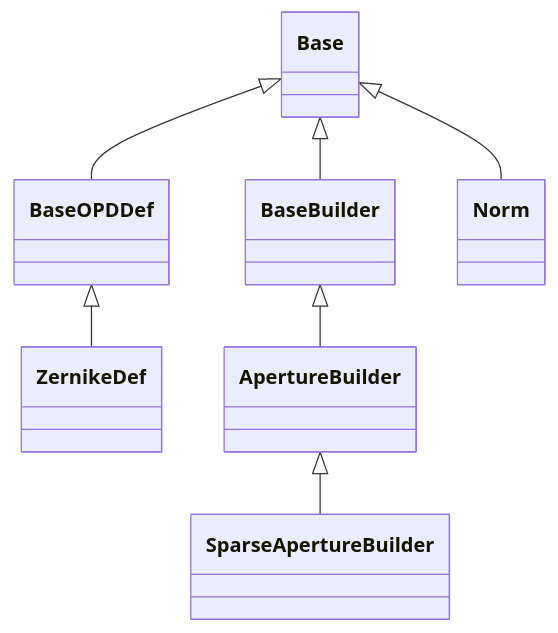
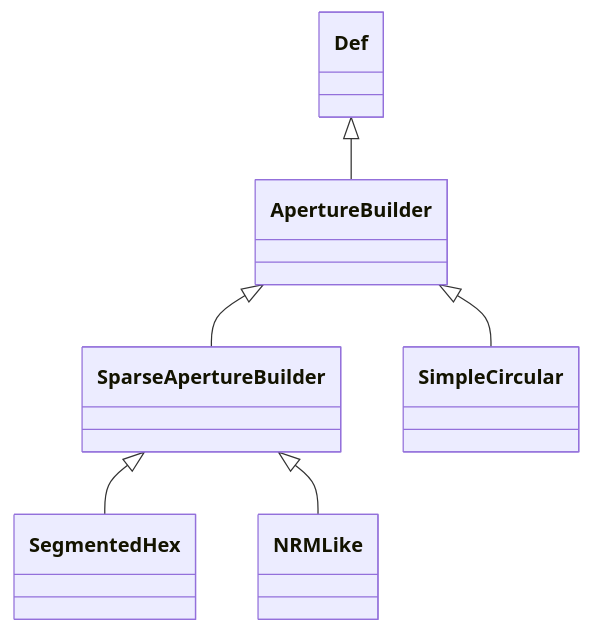
Before and after one commit to LouisDesdoigts/dLux: the first of 3 diagrams in docs/API/prebuilt/overview.md, drawn with Mermaid. The commit also changed other lines of this file and 160 other files, not shown here.

````diff
--- a/docs/API/prebuilt/overview.md
+++ b/docs/API/prebuilt/overview.md
@@ -9,22 +11,20 @@
 ```mermaid
 classDiagram
-    class dLux_prebuilt_builders_BaseBuilder["BaseBuilder"]
-    class dLux_prebuilt_builders_BaseOPDDef["BaseOPDDef"]
-    class dLux_prebuilt_builders_Norm["Norm"]
-    class dLux_prebuilt_builders_ZernikeDef["ZernikeDef"]
-    class dLux_prebuilt_builders_ApertureBuilder["ApertureBuilder"]
-    class dLux_prebuilt_builders_SparseApertureBuilder["SparseApertureBuilder"]
-    class dLux_base_Base["Base"]
-    dLux_base_Base <|-- dLux_prebuilt_builders_BaseBuilder
-    click dLux_prebuilt_builders_BaseBuilder href "../builders/#dLux.prebuilt.builders.BaseBuilder" "Methods: build()"
-    dLux_base_Base <|-- dLux_prebuilt_builders_BaseOPDDef
-    click dLux_prebuilt_builders_BaseOPDDef href "../builders/#dLux.prebuilt.builders.BaseOPDDef" "Methods: calculate()"
-    dLux_base_Base <|-- dLux_prebuilt_builders_Norm
-    click dLux_prebuilt_builders_Norm href "../builders/#dLux.prebuilt.builders.Norm" "Attributes: mode, scale"
-    dLux_prebuilt_builders_BaseOPDDef <|-- dLux_prebuilt_builders_ZernikeDef
-    click dLux_prebuilt_builders_ZernikeDef href "../builders/#dLux.prebuilt.builders.ZernikeDef" "Attributes: nolls, groups, order, oversize, norm, method · Methods: calculate()"
-    dLux_prebuilt_builders_BaseBuilder <|-- dLux_prebuilt_builders_ApertureBuilder
-    click dLux_prebuilt_builders_ApertureBuilder href "../builders/#dLux.prebuilt.builders.ApertureBuilder" "Attributes: primary, obscurations, opd, oversample · Methods: build()"
-    dLux_prebuilt_builders_ApertureBuilder <|-- dLux_prebuilt_builders_SparseApertureBuilder
-    click dLux_prebuilt_builders_SparseApertureBuilder href "../builders/#dLux.prebuilt.builders.SparseApertureBuilder" "Attributes: centers, global_obscurations"
+    direction TB
+    class dLux_prebuilt_apertures_ApertureBuilder["ApertureBuilder"]
+    class dLux_prebuilt_apertures_SparseApertureBuilder["SparseApertureBuilder"]
+    class dLux_prebuilt_apertures_SimpleCircular["SimpleCircular"]
+    class dLux_prebuilt_apertures_SegmentedHex["SegmentedHex"]
+    class dLux_prebuilt_apertures_NRMLike["NRMLike"]
+    class dLux_prebuilt_definitions_Def["Def"]
+    dLux_prebuilt_definitions_Def <|-- dLux_prebuilt_apertures_ApertureBuilder
+    click dLux_prebuilt_apertures_ApertureBuilder href "../apertures/#dLux.prebuilt.apertures.ApertureBuilder" "Attributes: primary, obscurations, opd, key, grid, oversample · Methods: __init__(), build(), __call__()"
+    dLux_prebuilt_apertures_ApertureBuilder <|-- dLux_prebuilt_apertures_SparseApertureBuilder
+    click dLux_prebuilt_apertures_SparseApertureBuilder href "../apertures/#dLux.prebuilt.apertures.SparseApertureBuilder" "Attributes: primary, obscurations, opd, key, grid, oversample, centers, global_obscurations · Methods: __init__(), __call__()"
+    dLux_prebuilt_apertures_ApertureBuilder <|-- dLux_prebuilt_apertures_SimpleCircular
+    click dLux_prebuilt_apertures_SimpleCircular href "../apertures/#dLux.prebuilt.apertures.SimpleCircular" "Attributes: primary, obscurations, opd, key, grid, oversample · Methods: __init__()"
+    dLux_prebuilt_apertures_SparseApertureBuilder <|-- dLux_prebuilt_apertures_SegmentedHex
+    click dLux_prebuilt_apertures_SegmentedHex href "../apertures/#dLux.prebuilt.apertures.SegmentedHex" "Attributes: primary, obscurations, opd, key, grid, oversample, centers, global_obscurations, paste_method · Methods: __init__(), build(), __call__()"
+    dLux_prebuilt_apertures_SparseApertureBuilder <|-- dLux_prebuilt_apertures_NRMLike
+    click dLux_prebuilt_apertures_NRMLike href "../apertures/#dLux.prebuilt.apertures.NRMLike" "Attributes: primary, obscurations, opd, key, grid, oversample, centers, global_obscurations · Methods: __init__(), __call__()"
 ```
````
